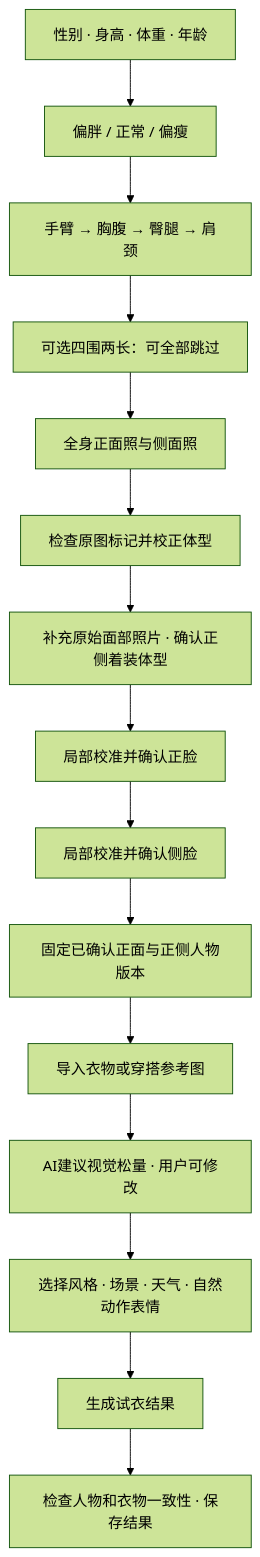
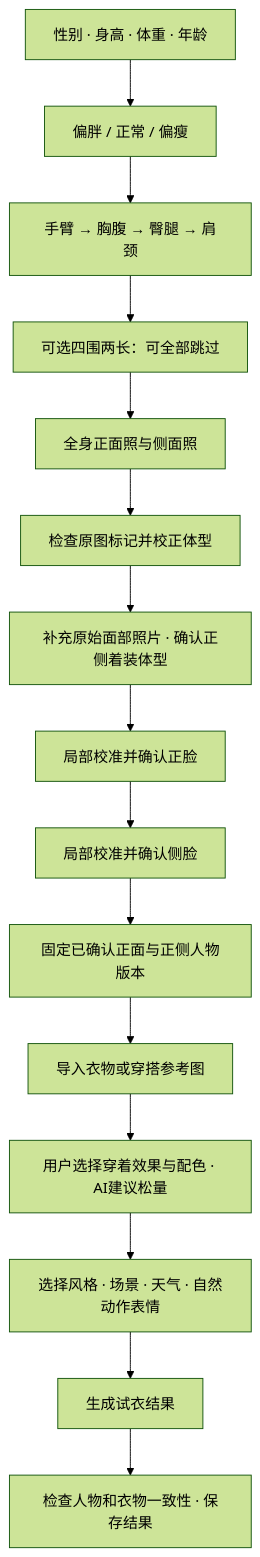
One commit to Yhmx6/veylfit changed the diagram in README.md. Above: the diagram before and after it, drawn with Mermaid (forest theme). The commit also changed 4 other files, not shown here.

````diff
--- a/README.md
+++ b/README.md
@@ -11,17 +11,17 @@
 ```mermaid
 flowchart TD
     A[性别 · 身高 · 体重 · 年龄] --> B[偏胖 / 正常 / 偏瘦]
     B --> C[手臂 → 胸腹 → 臀腿 → 肩颈]
     C --> D[可选四围两长：可全部跳过]
     D --> E[全身正面照与侧面照]
     E --> F[检查原图标记并校正体型]
     F --> G[补充原始面部照片 · 确认正侧着装体型]
     G --> H[局部校准并确认正脸]
     H --> S[局部校准并确认侧脸]
     S --> I[固定已确认正面与正侧人物版本]
     I --> J[导入衣物或穿搭参考图]
-    J --> N[AI建议视觉松量 · 用户可修改]
+    J --> N[用户选择穿着效果与配色 · AI建议松量]
     N --> K[选择风格 · 场景 · 天气 · 自然动作表情]
     K --> L[生成试衣结果]
     L --> M[检查人物和衣物一致性 · 保存结果]
 ```
````
